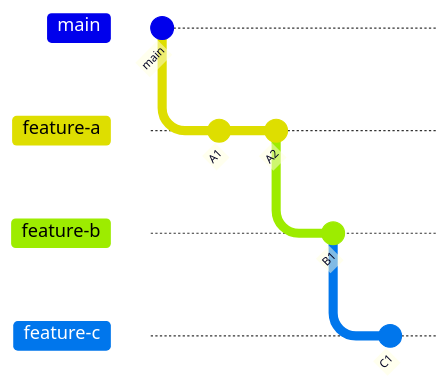
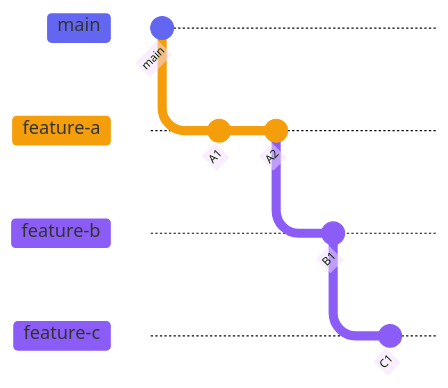
One commit to yannvanhalewyn/prstack changed the third of 4 diagrams in documentation/content/docs/advanced-workflows.mdx. Above: the diagram before and after it, drawn with Mermaid. The commit also changed other lines of this file and 4 other files, not shown here.

````diff
--- a/documentation/content/docs/advanced-workflows.mdx
+++ b/documentation/content/docs/advanced-workflows.mdx
@@ -205,11 +207,12 @@
 ```mermaid
+%%{init: {'theme':'base', 'themeVariables': {'git0':'#6366f1','git1':'#f59e0b','git2':'#8b5cf6','git3':'#8b5cf6'}}}%%
 gitGraph
   commit id: "main"
   branch feature-a
   commit id: "A1"
   commit id: "A2"
   branch feature-b
   commit id: "B1"
   branch feature-c
   commit id: "C1"
 ```
````
